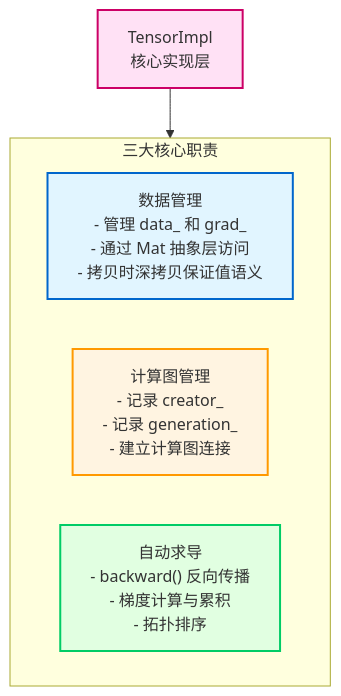
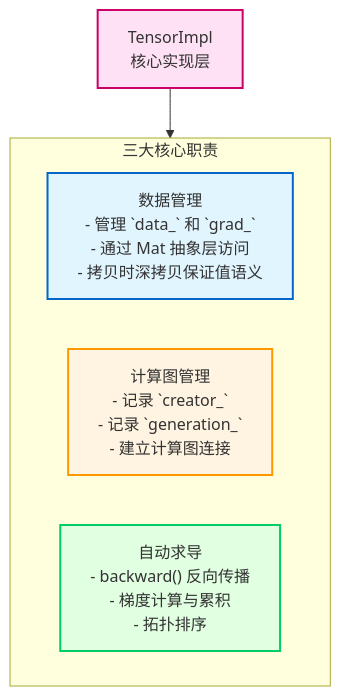
One commit to jinbooooom/OriginDL changed the fifth of 21 diagrams in docs/design/architecture.md. Above: the diagram before and after it, drawn with Mermaid. The commit also changed other lines of this file, not shown here.

Commit message:
doc(architecture): refine Mat/Operator sections and add type promotion with MaybeOwned

````diff
--- a/docs/design/architecture.md
+++ b/docs/design/architecture.md
@@ -319,17 +319,17 @@
 ```mermaid
 flowchart TD
     TensorImpl["TensorImpl<br/>核心实现层"]
     
     subgraph Duties["三大核心职责"]
-        DataMgmt["数据管理<br/>- 管理 data_ 和 grad_<br/>- 通过 Mat 抽象层访问<br/>- 拷贝时深拷贝保证值语义"]
-        GraphMgmt["计算图管理<br/>- 记录 creator_<br/>- 记录 generation_<br/>- 建立计算图连接"]
+        DataMgmt["数据管理<br/>- 管理 `data_` 和 `grad_`<br/>- 通过 Mat 抽象层访问<br/>- 拷贝时深拷贝保证值语义"]
+        GraphMgmt["计算图管理<br/>- 记录 `creator_`<br/>- 记录 `generation_`<br/>- 建立计算图连接"]
         Autograd["自动求导<br/>- backward() 反向传播<br/>- 梯度计算与累积<br/>- 拓扑排序"]
     end
     
     TensorImpl --> Duties
     
     style TensorImpl fill:#ffe1f5,stroke:#cc0066,stroke-width:2px
     style DataMgmt fill:#e1f5ff,stroke:#0066cc,stroke-width:2px
     style GraphMgmt fill:#fff4e1,stroke:#ff9900,stroke-width:2px
     style Autograd fill:#e1ffe1,stroke:#00cc66,stroke-width:2px
 ```
````
